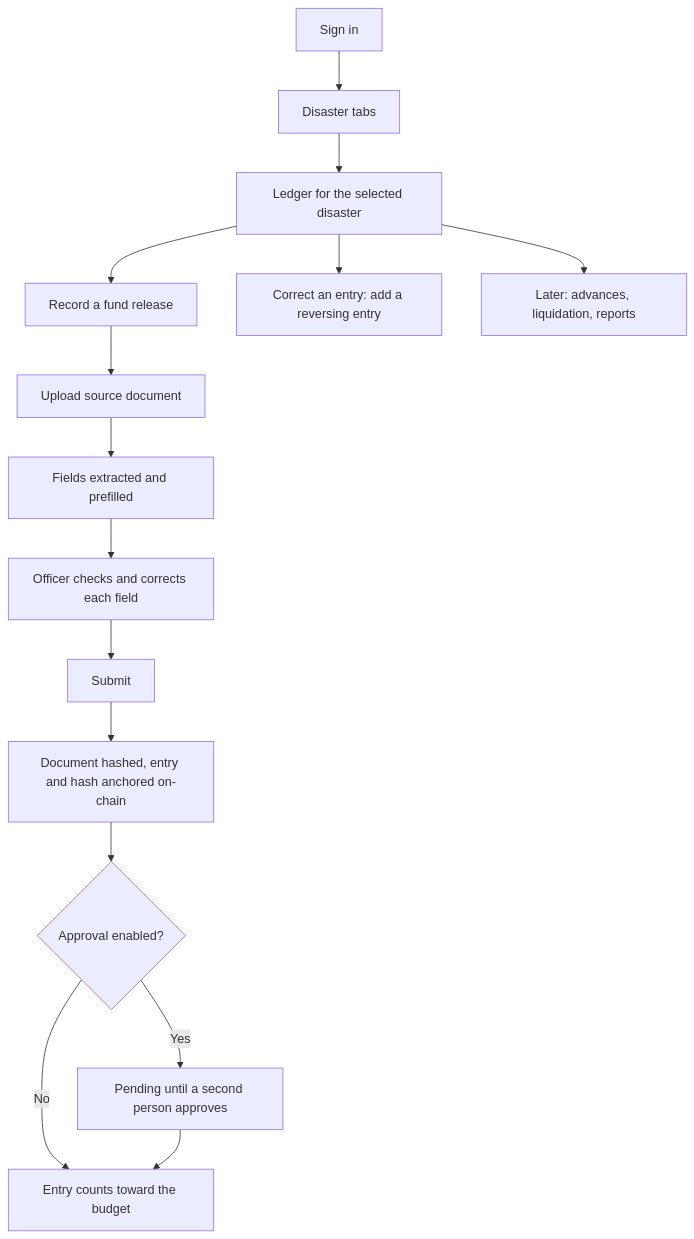
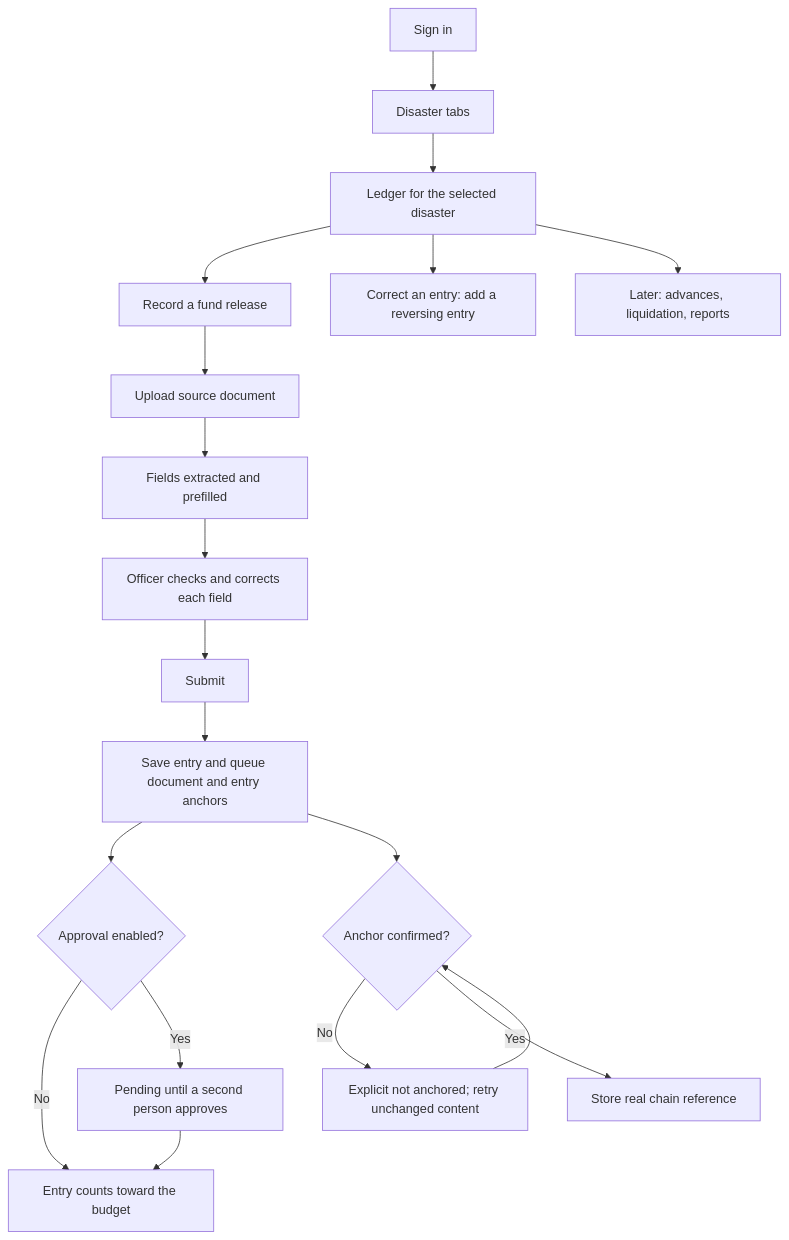
One commit to andreirtc/ayudachain changed the diagram in docs/product-ideation/drafts/dswd-officer-user-flow.md. Above: the diagram before and after it, drawn with Mermaid. The commit also changed other lines of this file and 11 other files, not shown here.

First line of the commit message:
docs: settle the end-to-end redesign process and add data flow diagrams

````diff
--- a/docs/product-ideation/drafts/dswd-officer-user-flow.md
+++ b/docs/product-ideation/drafts/dswd-officer-user-flow.md
@@ -27,17 +29,21 @@
 ```mermaid
 flowchart TD
     A[Sign in] --> B[Disaster tabs]
     B --> C[Ledger for the selected disaster]
     C --> D[Record a fund release]
     D --> E[Upload source document]
     E --> F[Fields extracted and prefilled]
     F --> G[Officer checks and corrects each field]
     G --> H[Submit]
-    H --> I[Document hashed, entry and hash anchored on-chain]
+    H --> I[Save entry and queue document and entry anchors]
     I --> J{Approval enabled?}
     J -->|No| K[Entry counts toward the budget]
     J -->|Yes| L[Pending until a second person approves]
     L --> K
+    I --> O{Anchor confirmed?}
+    O -->|No| P[Explicit not anchored; retry unchanged content]
+    P --> O
+    O -->|Yes| Q[Store real chain reference]
     C --> M[Correct an entry: add a reversing entry]
     C --> N[Later: advances, liquidation, reports]
 ```
````
